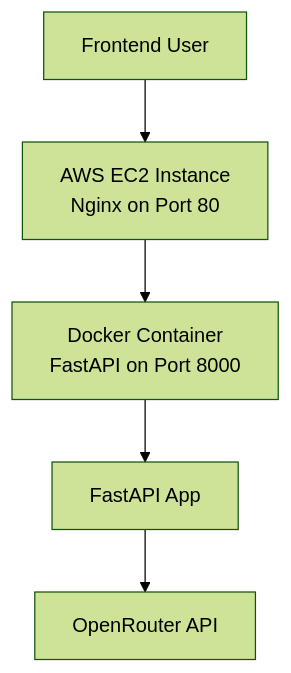
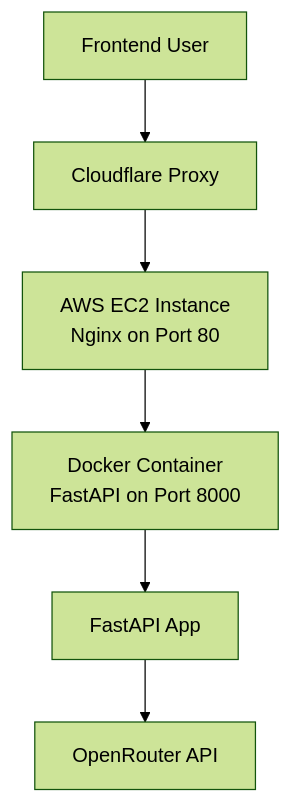
The second of 2 diagrams in README.md (monitus2022/AnyLLM2Music-backend), drawn with Mermaid (forest theme) before and after one commit. The commit also changed other lines of this file and 4 other files, not shown here.

````diff
--- a/README.md
+++ b/README.md
@@ -190,7 +190,8 @@
 ```mermaid
 graph TD
-    A[Frontend User] --> B[AWS EC2 Instance<br/>Nginx on Port 80]
-    B --> C[Docker Container<br/>FastAPI on Port 8000]
-    C --> D[FastAPI App]
-    D --> E[OpenRouter API]
+    A[Frontend User] --> B[Cloudflare Proxy]
+    B --> C[AWS EC2 Instance<br/>Nginx on Port 80]
+    C --> D[Docker Container<br/>FastAPI on Port 8000]
+    D --> E[FastAPI App]
+    E --> F[OpenRouter API]
 ```
````
